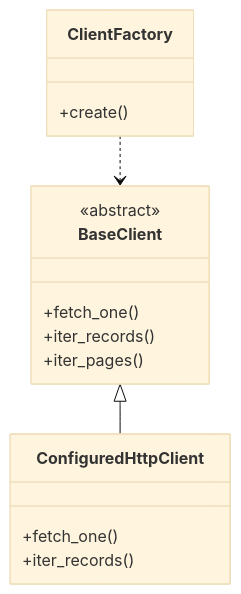
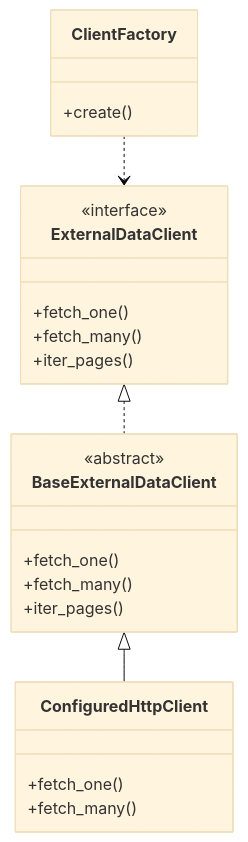
Before and after one commit to SatoryKono/bioactivity_data_acquisition: the second of 2 diagrams in docs/clients/19-clients-diagrams.md, drawn with Mermaid (base theme). The commit also changed other lines of this file, not shown here.

Commit message:
docs(clients): align diagrams with ExternalDataClient contract
Updated inline PlantUML and Mermaid diagrams in 19-clients-diagrams.md
to reflect the target client architecture described in
09-clients-contract.md. Replaced BaseClient with the ExternalDataClient
protocol and BaseExternalDataClient implementation, and updated
iter_records() to fetch_many().

````diff
--- a/docs/clients/19-clients-diagrams.md
+++ b/docs/clients/19-clients-diagrams.md
@@ -184,18 +184,25 @@
 ```mermaid
 classDiagram
-    class BaseClient {
+    class ExternalDataClient {
+        <<interface>>
+        +fetch_one()
+        +fetch_many()
+        +iter_pages()
+    }
+    class BaseExternalDataClient {
         <<abstract>>
         +fetch_one()
-        +iter_records()
+        +fetch_many()
         +iter_pages()
     }
     class ConfiguredHttpClient {
         +fetch_one()
-        +iter_records()
+        +fetch_many()
     }
     class ClientFactory {
         +create()
     }
-    BaseClient <|-- ConfiguredHttpClient
-    ClientFactory ..> BaseClient
+    ExternalDataClient <|.. BaseExternalDataClient
+    BaseExternalDataClient <|-- ConfiguredHttpClient
+    ClientFactory ..> ExternalDataClient
 ```
````
